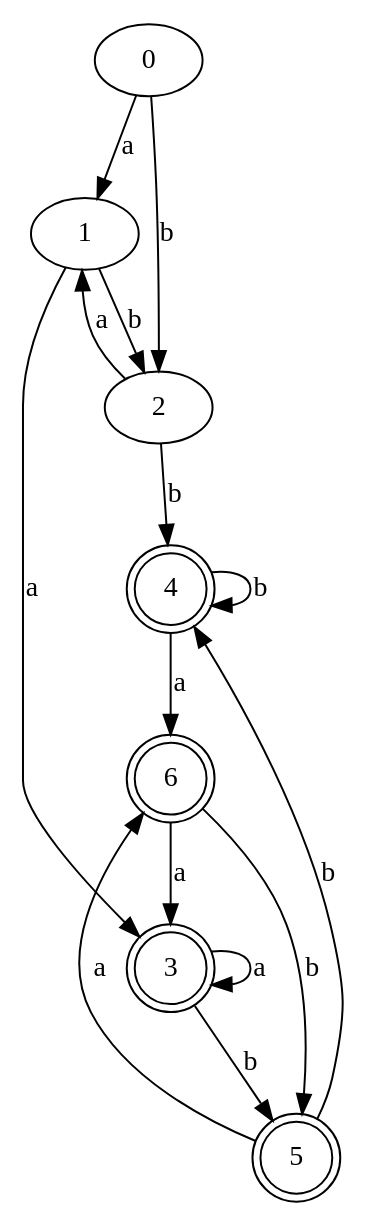
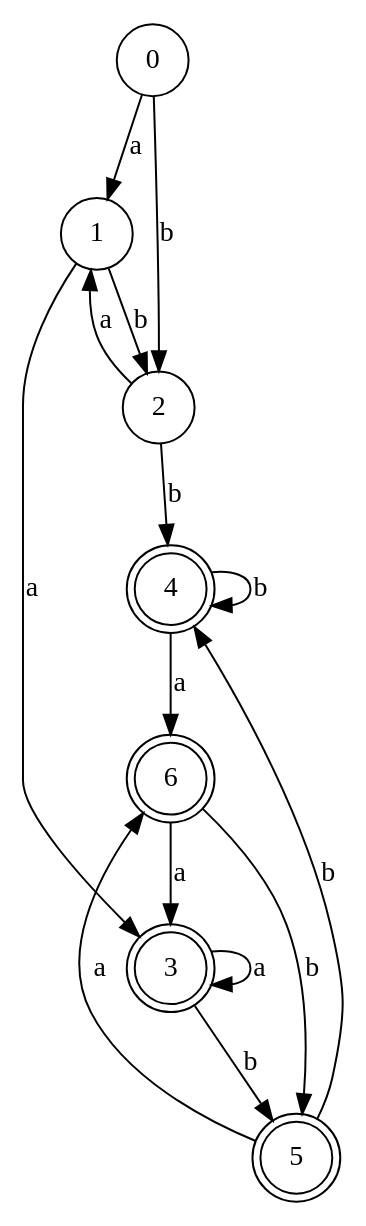
Before and after one commit to xtf0214/compiler_principle: the diagram in output/dfa.gv, drawn with Graphviz. The commit also changed 83 other files, not shown here.

```diff
--- a/output/dfa.gv
+++ b/output/dfa.gv
@@ -1,27 +1,27 @@
 digraph dfa {
-	0 [label=0]
-	1 [label=1]
-	2 [label=2]
-	3 [label=3]
-	4 [label=4]
-	5 [label=5]
-	6 [label=6]
+	0 [label=0 shape=circle]
+	1 [label=1 shape=circle]
+	2 [label=2 shape=circle]
+	3 [label=3 shape=circle]
+	4 [label=4 shape=circle]
+	5 [label=5 shape=circle]
+	6 [label=6 shape=circle]
 	3 [label=3 shape=doublecircle]
 	4 [label=4 shape=doublecircle]
 	5 [label=5 shape=doublecircle]
 	6 [label=6 shape=doublecircle]
 	0 -> 1 [label=a]
 	0 -> 2 [label=b]
 	1 -> 3 [label=a]
 	1 -> 2 [label=b]
 	2 -> 1 [label=a]
 	2 -> 4 [label=b]
 	3 -> 3 [label=a]
 	3 -> 5 [label=b]
 	4 -> 6 [label=a]
 	4 -> 4 [label=b]
 	5 -> 6 [label=a]
 	5 -> 4 [label=b]
 	6 -> 3 [label=a]
 	6 -> 5 [label=b]
 }
```
